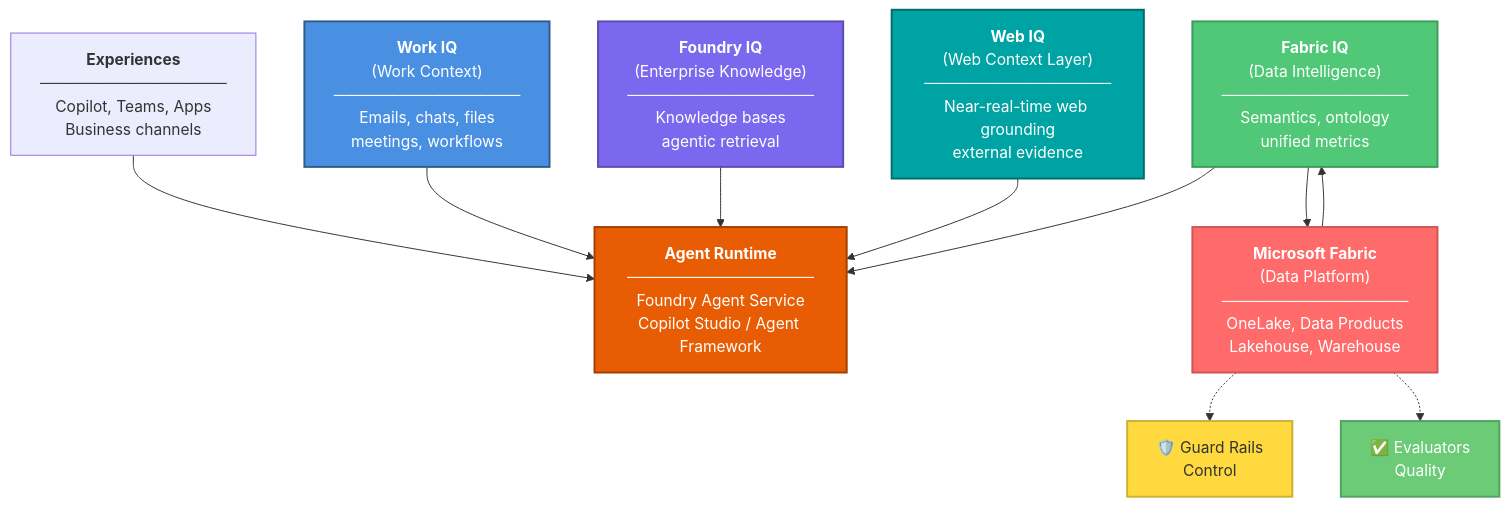
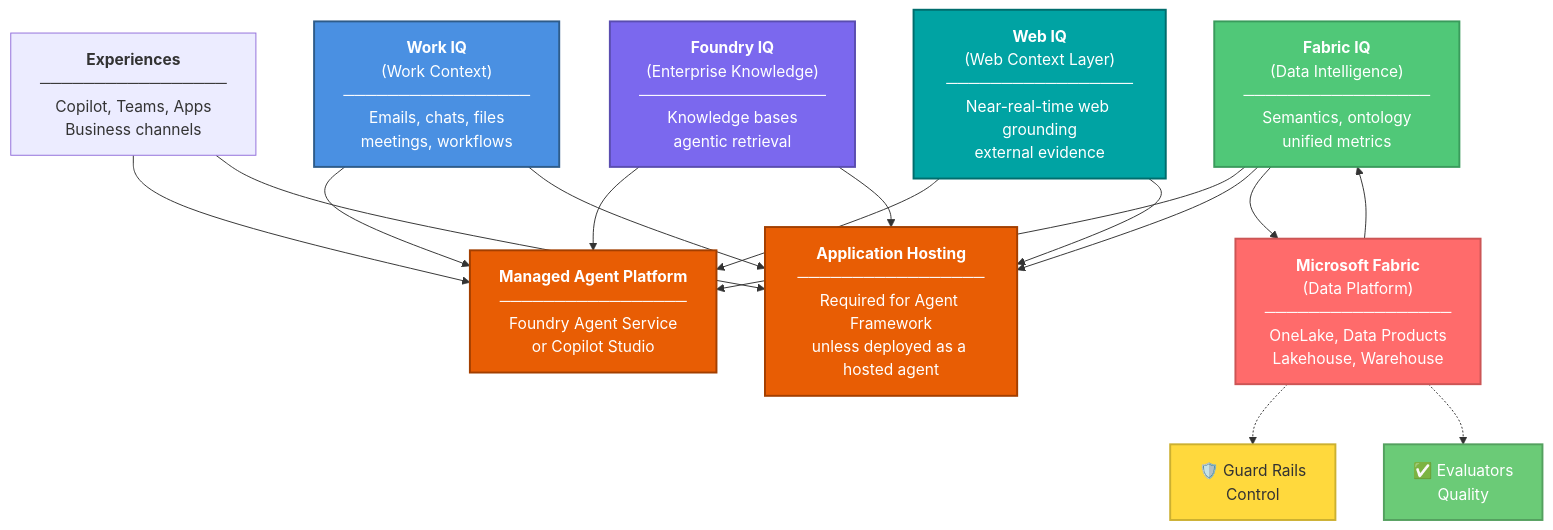
One commit to fabioharams/hubsp-ai-skill changed the first of 19 diagrams in references/02-reference-architecture-layers.md. Above: the diagram before and after it, drawn with Mermaid. The commit also changed other lines of this file and 31 other files, not shown here.

````diff
--- a/references/02-reference-architecture-layers.md
+++ b/references/02-reference-architecture-layers.md
@@ -5,33 +5,40 @@
 ```mermaid
 graph TD
     X["<b>Experiences</b><br/>─────────────────<br/>Copilot, Teams, Apps<br/>Business channels"]
     A["<b>Work IQ</b><br/>(Work Context)<br/>─────────────────<br/>Emails, chats, files<br/>meetings, workflows"]
     B["<b>Foundry IQ</b><br/>(Enterprise Knowledge)<br/>─────────────────<br/>Knowledge bases<br/>agentic retrieval"]
     C["<b>Fabric IQ</b><br/>(Data Intelligence)<br/>─────────────────<br/>Semantics, ontology<br/>unified metrics"]
     W["<b>Web IQ</b><br/>(Web Context Layer)<br/>─────────────────<br/>Near-real-time web grounding<br/>external evidence"]
-    R["<b>Agent Runtime</b><br/>─────────────────<br/>Foundry Agent Service<br/>Copilot Studio / Agent Framework"]
+    R["<b>Managed Agent Platform</b><br/>─────────────────<br/>Foundry Agent Service<br/>or Copilot Studio"]
+    H["<b>Application Hosting</b><br/>─────────────────<br/>Required for Agent Framework<br/>unless deployed as a hosted agent"]
     D["<b>Microsoft Fabric</b><br/>(Data Platform)<br/>─────────────────<br/>OneLake, Data Products<br/>Lakehouse, Warehouse"]
     
     E["🛡️ Guard Rails<br/>Control"]
     F["✅ Evaluators<br/>Quality"]
     
     X --> R
+    X --> H
     A --> R
     B --> R
     C --> R
     W --> R
+    A --> H
+    B --> H
+    C --> H
+    W --> H
     C --> D
     D --> C
     
     D -.-> E
     D -.-> F
     
     style A fill:#4A90E2,stroke:#2E5C8A,color:#fff,stroke-width:2px
     style B fill:#7B68EE,stroke:#5A4DB0,color:#fff,stroke-width:2px
     style C fill:#50C878,stroke:#3A9B5C,color:#fff,stroke-width:2px
     style W fill:#00A3A3,stroke:#006D6D,color:#fff,stroke-width:2px
     style R fill:#E85D04,stroke:#A33F00,color:#fff,stroke-width:2px
+    style H fill:#E85D04,stroke:#A33F00,color:#fff,stroke-width:2px
     style D fill:#FF6B6B,stroke:#CC5555,color:#fff,stroke-width:2px
     style E fill:#FFD93D,stroke:#CCB030,color:#333,stroke-width:2px
     style F fill:#6BCB77,stroke:#54A05F,color:#fff,stroke-width:2px
 ```
````
